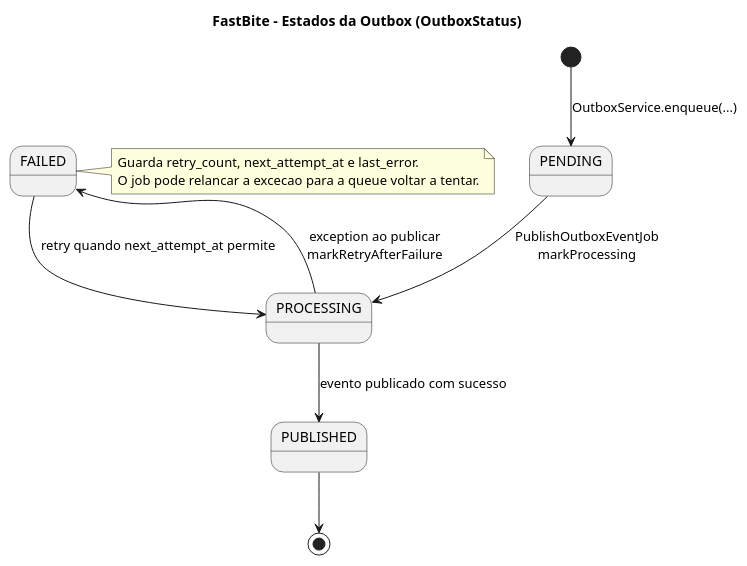
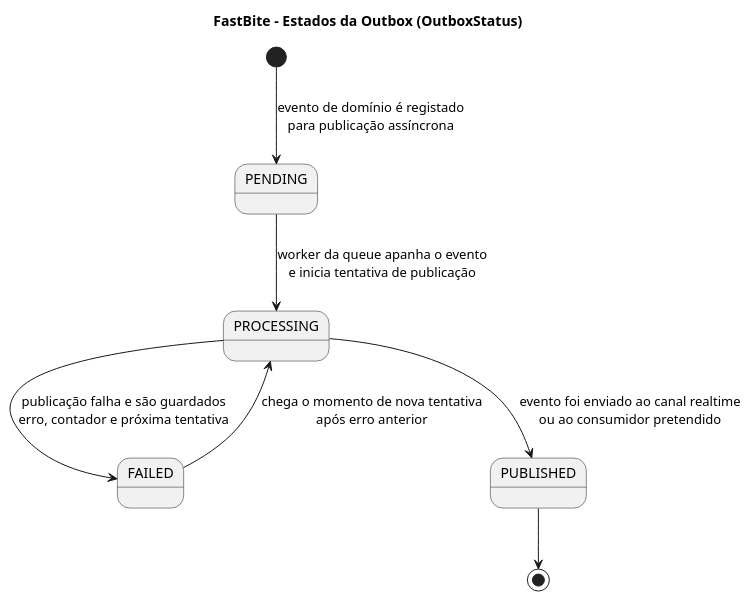
The diagram in Documentacao/docs novas/04g_estado_outbox.puml (DuarteMSousa/FastBite), drawn with PlantUML before and after one commit. The commit also changed 10 other files, not shown here.

First line of the commit message:
Docs: update and add PUML diagrams

```diff
--- a/Documentacao/docs novas/04g_estado_outbox.puml
+++ b/Documentacao/docs novas/04g_estado_outbox.puml
@@ -1,21 +1,16 @@
 @startuml FastBite_State_Outbox
 title FastBite - Estados da Outbox (OutboxStatus)
 
 skinparam shadowing false
 
-[*] --> PENDING : OutboxService.enqueue(...)
+[*] --> PENDING : evento de domínio é registado\npara publicação assíncrona
 
-PENDING --> PROCESSING : PublishOutboxEventJob\nmarkProcessing
-FAILED --> PROCESSING : retry quando next_attempt_at permite
+PENDING --> PROCESSING : worker da queue apanha o evento\ne inicia tentativa de publicação
+FAILED --> PROCESSING : chega o momento de nova tentativa\napós erro anterior
 
-PROCESSING --> PUBLISHED : evento publicado com sucesso
-PROCESSING --> FAILED : exception ao publicar\nmarkRetryAfterFailure
+PROCESSING --> PUBLISHED : evento foi enviado ao canal realtime\nou ao consumidor pretendido
+PROCESSING --> FAILED : publicação falha e são guardados\nerro, contador e próxima tentativa
 
 PUBLISHED --> [*]
 
-note right of FAILED
-  Guarda retry_count, next_attempt_at e last_error.
-  O job pode relancar a excecao para a queue voltar a tentar.
-end note
-
 @enduml
```
